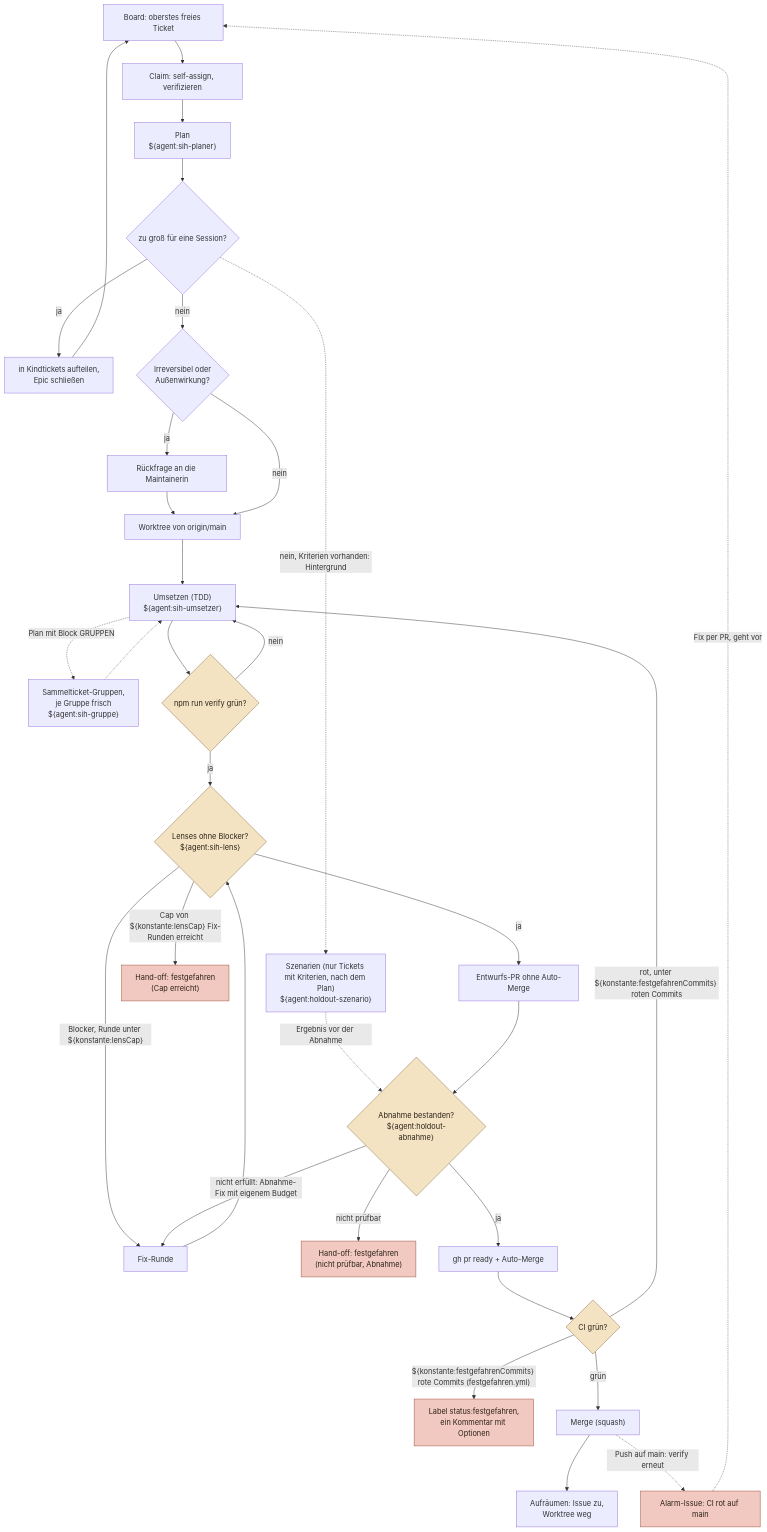
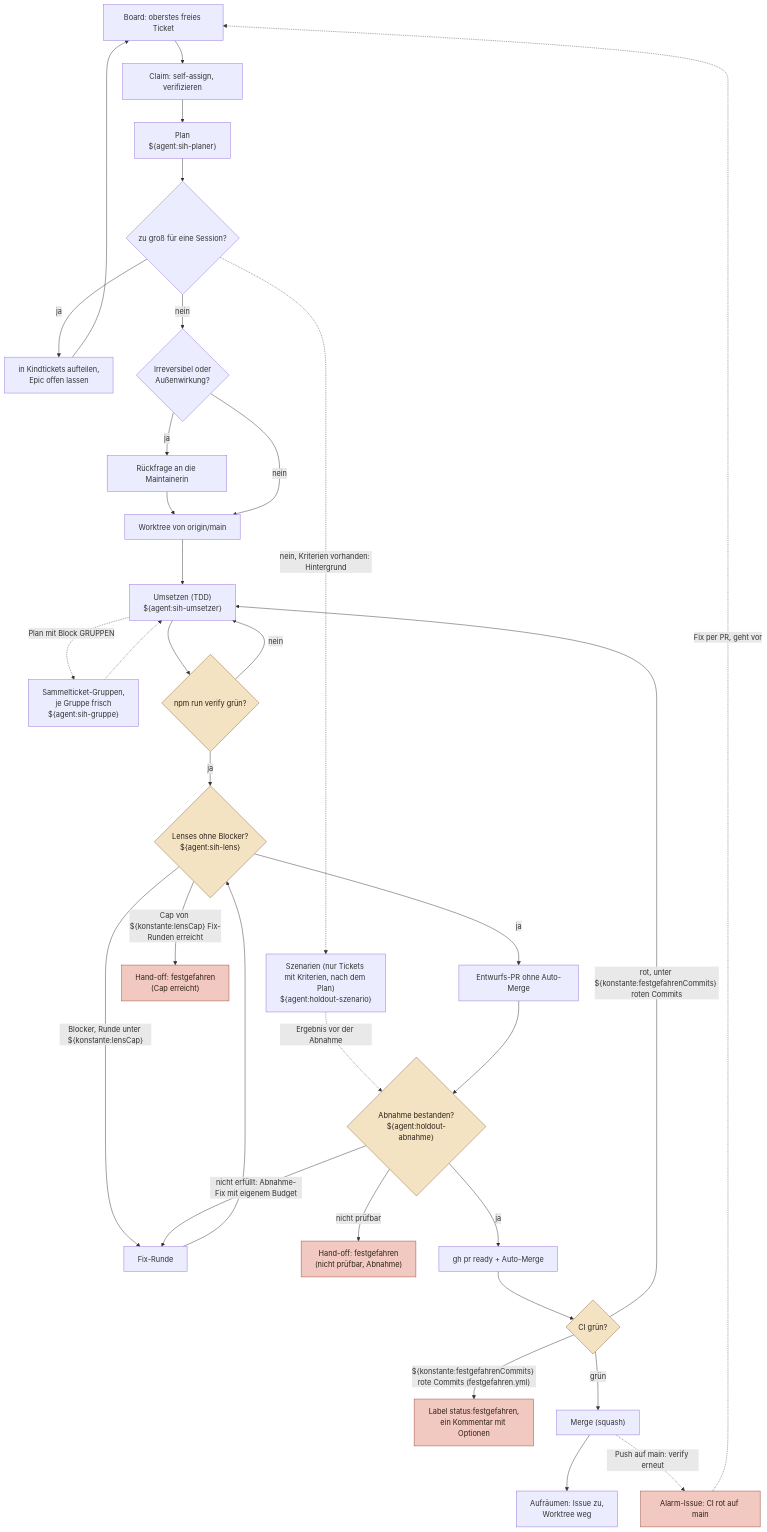
One commit to fluffels/self-improving-agent-harness-and-factory changed the diagram in docs/diagramme/agenten-ablauf.mmd. Above: the diagram before and after it, drawn with Mermaid. The commit also changed 17 other files, not shown here.

First line of the commit message:
SIH-507 Epic bleibt nach der Aufteilung offen, schließt mit dem letzten Kind (factory#507 L4) (#540)

```diff
--- a/docs/diagramme/agenten-ablauf.mmd
+++ b/docs/diagramme/agenten-ablauf.mmd
@@ -1,55 +1,55 @@
 flowchart TD
   board["Board: oberstes freies Ticket"]
   claim["Claim: self-assign, verifizieren"]
   wt["Worktree von origin/main"]
   szen["Szenarien (nur Tickets mit Kriterien, nach dem Plan)<br/>${agent:holdout-szenario}"]
   plan["Plan<br/>${agent:sih-planer}"]
   epic{"zu groß für eine Session?"}
-  kinder["in Kindtickets aufteilen,<br/>Epic schließen"]
+  kinder["in Kindtickets aufteilen,<br/>Epic offen lassen"]
   pre{"Irreversibel oder<br/>Außenwirkung?"}
   frage["Rückfrage an die Maintainerin"]
   umsetzen["Umsetzen (TDD)<br/>${agent:sih-umsetzer}"]
   gruppen["Sammelticket-Gruppen,<br/>je Gruppe frisch<br/>${agent:sih-gruppe}"]
   verify{"npm run verify grün?"}
   lenses{"Lenses ohne Blocker?<br/>${agent:sih-lens}"}
   fix["Fix-Runde"]
   handoff["Hand-off: festgefahren<br/>(Cap erreicht)"]
   entwurf["Entwurfs-PR ohne Auto-Merge"]
   abnahme{"Abnahme bestanden?<br/>${agent:holdout-abnahme}"}
   handoff2["Hand-off: festgefahren<br/>(nicht prüfbar, Abnahme)"]
   pr["gh pr ready + Auto-Merge"]
   ci{"CI grün?"}
   fest["Label status:festgefahren,<br/>ein Kommentar mit Optionen"]
   merge["Merge (squash)"]
   cleanup["Aufräumen: Issue zu,<br/>Worktree weg"]
   alarm["Alarm-Issue: CI rot auf main"]
 
   board --> claim --> plan --> epic
   epic -- ja --> kinder --> board
   epic -- nein --> pre
   epic -. "nein, Kriterien vorhanden: Hintergrund" .-> szen
   szen -.->|"Ergebnis vor der Abnahme"| abnahme
   pre -- ja --> frage --> wt
   pre -- nein --> wt
   wt --> umsetzen
   umsetzen --> verify
   umsetzen -.->|"Plan mit Block GRUPPEN"| gruppen -.-> umsetzen
   verify -- nein --> umsetzen
   verify -- ja --> lenses
   lenses -- "Blocker, Runde unter ${konstante:lensCap}" --> fix --> lenses
   lenses -- "Cap von ${konstante:lensCap} Fix-Runden erreicht" --> handoff
   lenses -- ja --> entwurf --> abnahme
   abnahme -- "nicht erfüllt: Abnahme-Fix mit eigenem Budget" --> fix
   abnahme -- "nicht prüfbar" --> handoff2
   abnahme -- ja --> pr
   pr --> ci
   ci -- "rot, unter ${konstante:festgefahrenCommits} roten Commits" --> umsetzen
   ci -- "${konstante:festgefahrenCommits} rote Commits (festgefahren.yml)" --> fest
   ci -- grün --> merge --> cleanup
   merge -.->|"Push auf main: verify erneut"| alarm
   alarm -.->|"Fix per PR, geht vor"| board
 
   classDef schleife fill:#f3e3c3,stroke:#8a6a3f,color:#2b2118
   classDef stopp fill:#f2c9c0,stroke:#9a4a3a,color:#2b2118
   class verify,lenses,abnahme,ci schleife
   class handoff,handoff2,fest,alarm stopp
```
